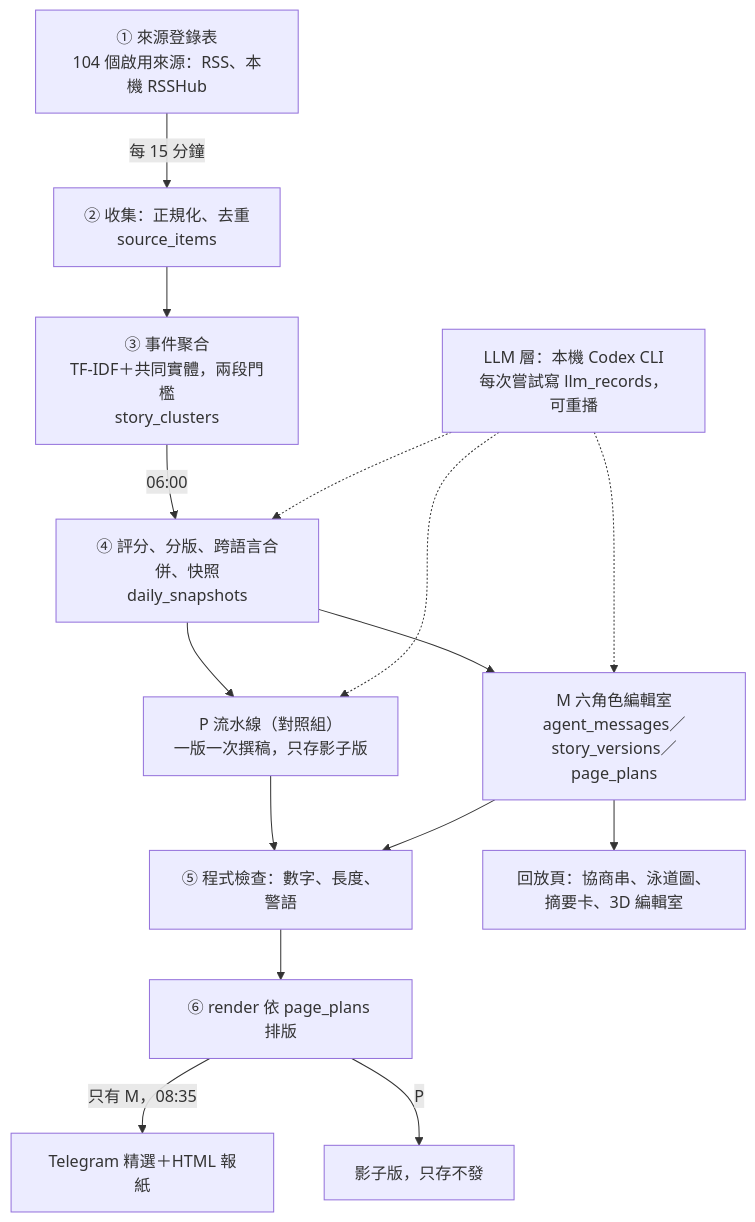
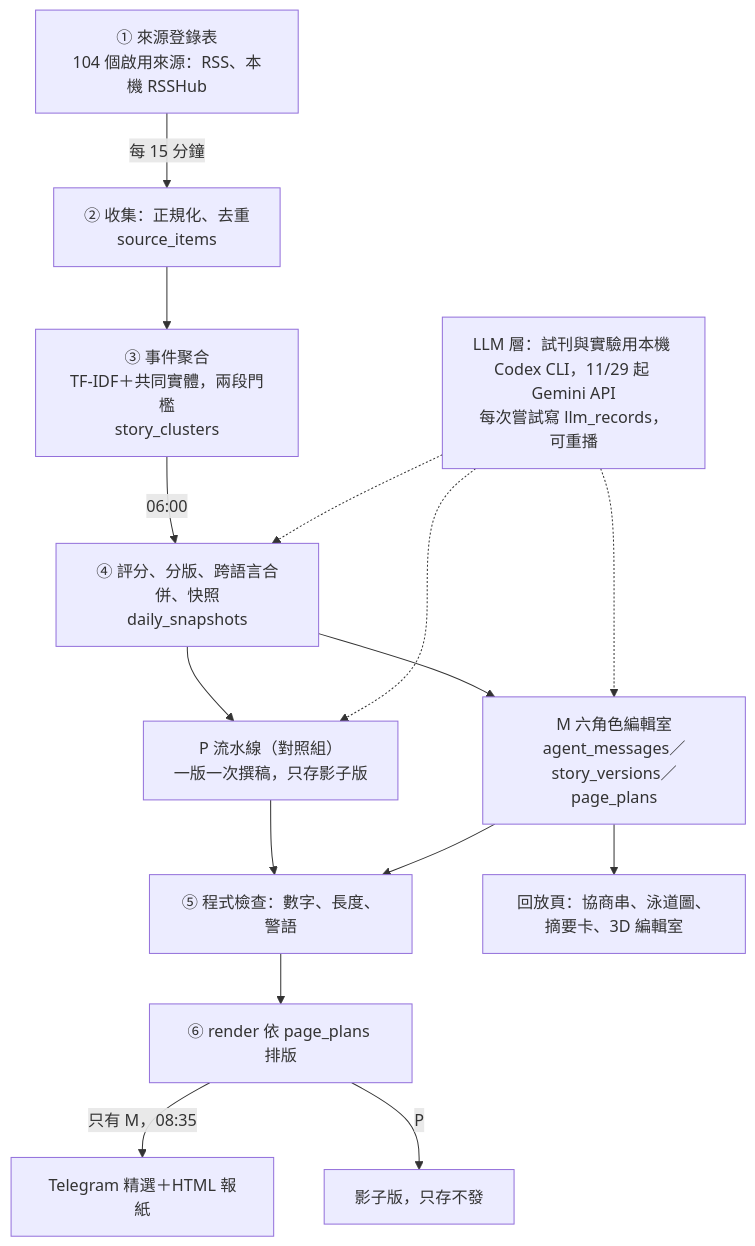
One commit to leroylion940511/reddit-tracker changed the first of 2 diagrams in docs/report.md. Above: the diagram before and after it, drawn with Mermaid. The commit also changed other lines of this file and 2 other files, not shown here.

Commit message:
docs: note the Gemini switch in the report and the Codex CLI 0.172.0 upgrade

````diff
--- a/docs/report.md
+++ b/docs/report.md
@@ -49,17 +49,17 @@
 ```mermaid
 flowchart TD
     A["① 來源登錄表<br/>104 個啟用來源：RSS、本機 RSSHub"] -->|每 15 分鐘| B["② 收集：正規化、去重<br/>source_items"]
     B --> C["③ 事件聚合<br/>TF-IDF＋共同實體，兩段門檻<br/>story_clusters"]
     C -->|06:00| D["④ 評分、分版、跨語言合併、快照<br/>daily_snapshots"]
     D --> P["P 流水線（對照組）<br/>一版一次撰稿，只存影子版"]
     D --> M["M 六角色編輯室<br/>agent_messages／story_versions／page_plans"]
     P --> K["⑤ 程式檢查：數字、長度、警語"]
     M --> K
     K --> R["⑥ render 依 page_plans 排版"]
     R -->|只有 M，08:35| T["Telegram 精選＋HTML 報紙"]
     R -->|P| S["影子版，只存不發"]
-    L["LLM 層：本機 Codex CLI<br/>每次嘗試寫 llm_records，可重播"] -.-> D
+    L["LLM 層：試刊與實驗用本機 Codex CLI，11/29 起 Gemini API<br/>每次嘗試寫 llm_records，可重播"] -.-> D
     L -.-> P
     L -.-> M
     M --> V["回放頁：協商串、泳道圖、摘要卡、3D 編輯室"]
 ```
````
